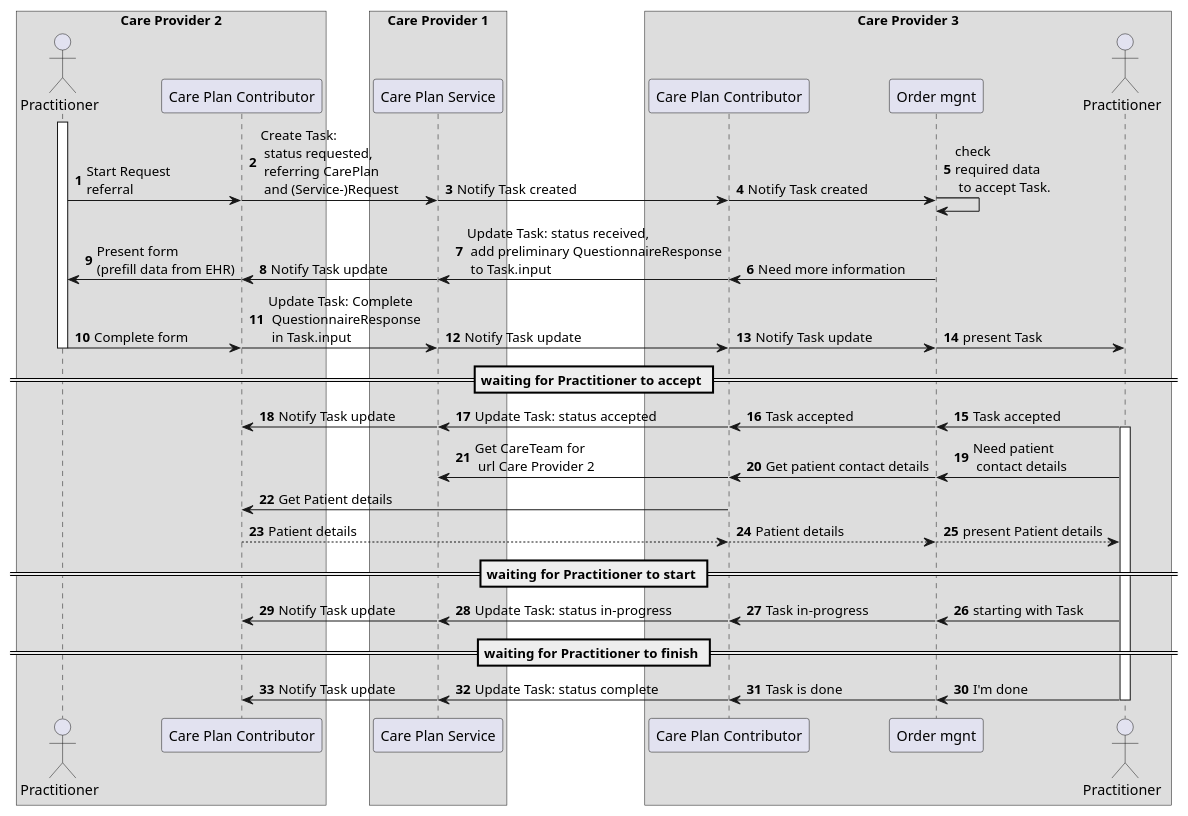
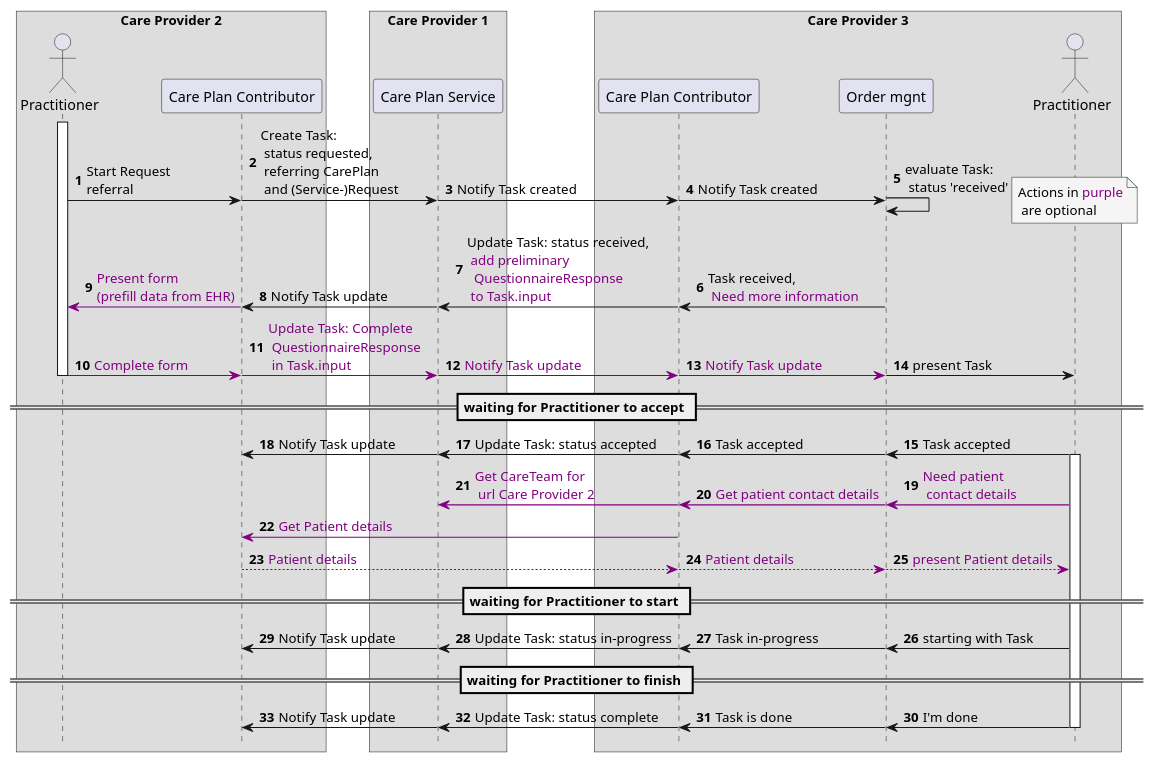
One commit to SanteonNL/shared-care-planning changed the diagram in input/images-source/task-negotiation-overview-1-2-3.plantuml. Above: the diagram before and after it, drawn with PlantUML. The commit also changed 7 other files, not shown here.

```diff
--- a/input/images-source/task-negotiation-overview-1-2-3.plantuml
+++ b/input/images-source/task-negotiation-overview-1-2-3.plantuml
@@ -1,72 +1,76 @@
 @startuml task-negotiation-overview-1-2-3
 
 autonumber
 !pragma teoz true
 
 box Care Provider 2
     actor "Practitioner" as Practitioner1
     participant "Care Plan Contributor" as CPC1
 end box
 box Care Provider 1
     participant "Care Plan Service" as CPS
 end box
 
 box Care Provider 3
     participant "Care Plan Contributor" as CPC2
     participant "Order mgnt" as EHR2
     actor "Practitioner" as Practitioner2
 end box
-
+hide footbox
 
 
 activate Practitioner1
 Practitioner1 -> CPC1 : Start Request\nreferral
 & CPC1 -> CPS : Create Task:\n status requested,\n referring CarePlan\n and (Service-)Request
 & CPS -> CPC2  : Notify Task created
 & CPC2 -> EHR2  : Notify Task created
-& EHR2 -> EHR2 : check\nrequired data\n to accept Task.
+& EHR2 -> EHR2 : evaluate Task:\n status 'received'
 
-EHR2 -> CPC2 : Need more information
-& CPC2 -> CPS  : Update Task: status received,\n add preliminary QuestionnaireResponse\n to Task.input
+& note over Practitioner2 #WhiteSmoke
+Actions in <color #purple>purple
+ are optional
+end note
+
+EHR2 -> CPC2 : Task received,\n <color #purple>Need more information
+& CPC2 -> CPS  : Update Task: status received,\n <color #purple>add preliminary\n <color #purple> QuestionnaireResponse\n <color #purple>to Task.input
 & CPS -> CPC1 : Notify Task update
-& CPC1 -> Practitioner1 : Present form\n(prefill data from EHR)
+& CPC1 -[#purple]> Practitioner1 : <color #purple>Present form\n<color #purple>(prefill data from EHR)
 
-Practitioner1 -> CPC1 : Complete form
-& CPC1 -> CPS : Update Task: Complete\n QuestionnaireResponse\n in Task.input
-& CPS -> CPC2 : Notify Task update
-& CPC2 -> EHR2 : Notify Task update
-
+Practitioner1 -[#purple]> CPC1 : <color #purple>Complete form
+& CPC1 -[#purple]> CPS : <color #purple>Update Task: Complete\n <color #purple>QuestionnaireResponse\n <color #purple>in Task.input
+& CPS -[#purple]> CPC2 : <color #purple>Notify Task update
+& CPC2 -[#purple]> EHR2 : <color #purple>Notify Task update
 
 & EHR2 -> Practitioner2 : present Task
 
 deactivate Practitioner1
 
 == waiting for Practitioner to accept ==
 Practitioner2 -> EHR2 : Task accepted
 activate Practitioner2
 & EHR2 -> CPC2 : Task accepted
 & CPC2 -> CPS : Update Task: status accepted
 & CPS -> CPC1 : Notify Task update
 
-Practitioner2 -> EHR2 : Need patient\n contact details
+Practitioner2 -[#purple]> EHR2 : <color #purple>Need patient\n <color #purple>contact details
 
-& EHR2 -> CPC2 : Get patient contact details
-& CPC2 -> CPS : Get CareTeam for\n url Care Provider 2
-CPC2 -> CPC1 : Get Patient details
-CPC1 --> CPC2 : Patient details
+& EHR2 -[#purple]> CPC2 : <color #purple>Get patient contact details
+& CPC2 -[#purple]> CPS : <color #purple>Get CareTeam for\n <color #purple>url Care Provider 2
+CPC2 -[#purple]> CPC1 : <color #purple>Get Patient details
+CPC1 -[#purple]-> CPC2 : <color #purple>Patient details
 
-& CPC2 --> EHR2 : Patient details
+& CPC2 -[#purple]-> EHR2 : <color #purple>Patient details
 
-& EHR2 --> Practitioner2 : present Patient details
+& EHR2 -[#purple]-> Practitioner2 : <color #purple>present Patient details
 == waiting for Practitioner to start ==
 Practitioner2 -> EHR2 : starting with Task
 & EHR2 -> CPC2 : Task in-progress
 & CPC2 -> CPS : Update Task: status in-progress
 & CPS -> CPC1 : Notify Task update
 == waiting for Practitioner to finish ==
 Practitioner2 -> EHR2 : I'm done
 & EHR2 -> CPC2 : Task is done
 & CPC2 -> CPS : Update Task: status complete
 & CPS -> CPC1 : Notify Task update
 deactivate Practitioner2
 @enduml
```
